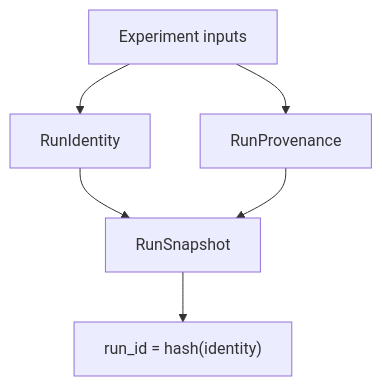
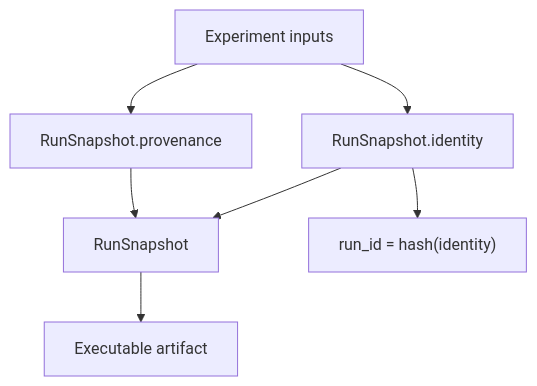
One commit to Pittawat2542/themis changed the diagram in docs/explanation/run-snapshot.md. Above: the diagram before and after it, drawn with Mermaid. The commit also changed other lines of this file and 24 other files, not shown here.

Commit message:
docs: add diagrams across user-facing guides

````diff
--- a/docs/explanation/run-snapshot.md
+++ b/docs/explanation/run-snapshot.md
@@ -18,8 +20,9 @@
 ```mermaid
 flowchart TD
-    A["Experiment inputs"] --> B["RunIdentity"]
-    A --> C["RunProvenance"]
+    A["Experiment inputs"] --> B["RunSnapshot.identity"]
+    A --> C["RunSnapshot.provenance"]
     B --> D["RunSnapshot"]
     C --> D
-    D --> E["run_id = hash(identity)"]
+    B --> E["run_id = hash(identity)"]
+    D --> F["Executable artifact"]
 ```
````
